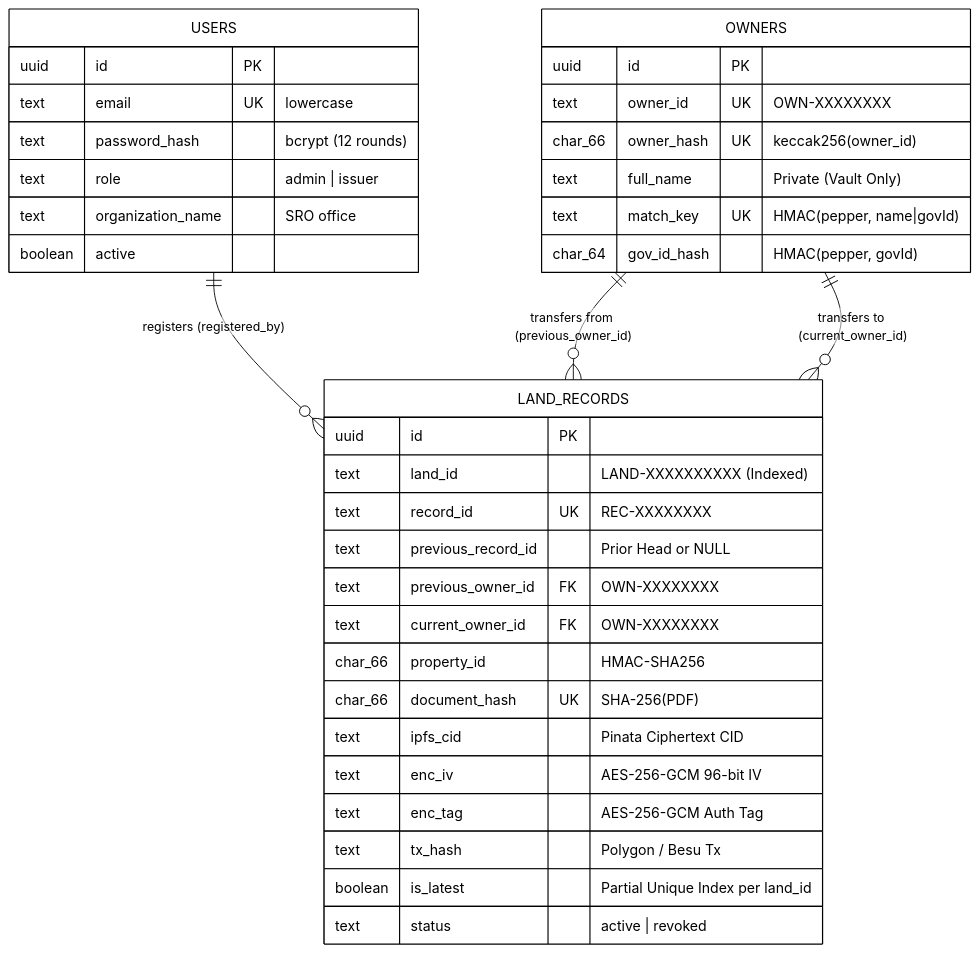
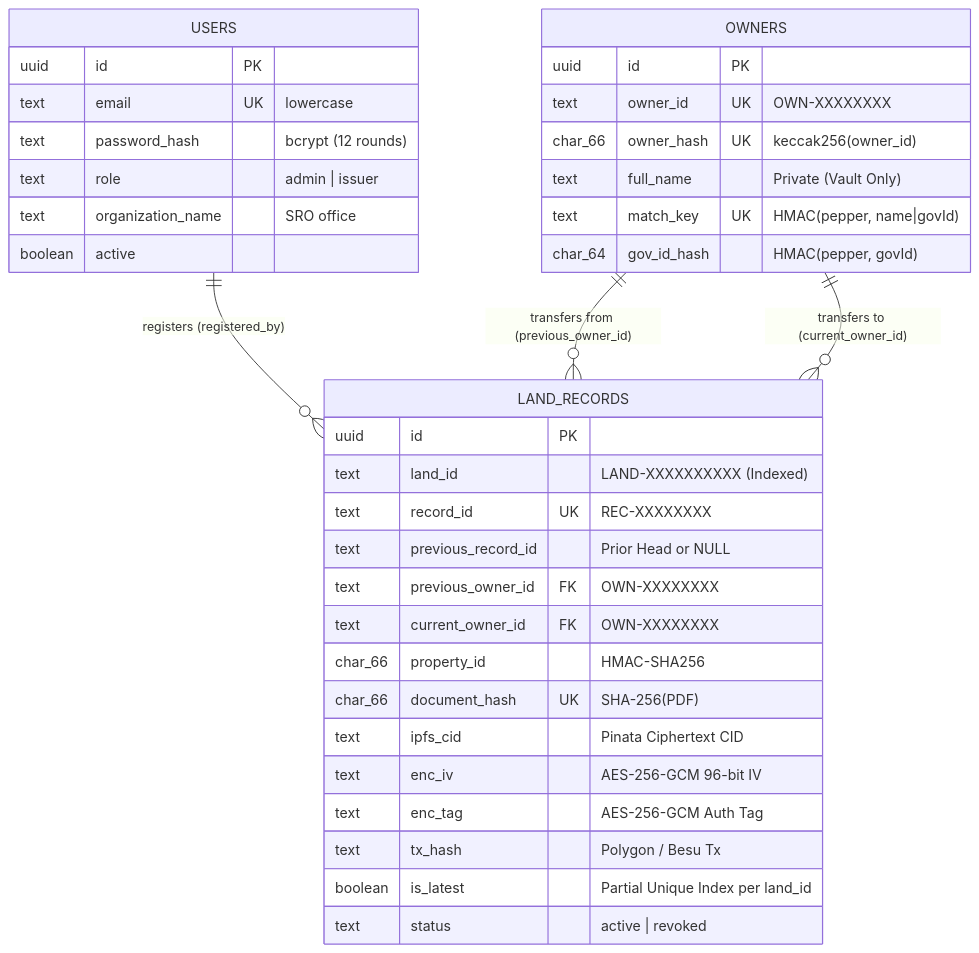
The eighth of 8 diagrams in README.md (rmn2178/NOSIH-secure), drawn with Mermaid before and after one commit. The commit also changed other lines of this file, not shown here.

First line of the commit message:
docs(readme): rework mermaid diagrams for theme-adaptive clarity

````diff
--- a/README.md
+++ b/README.md
@@ -339,42 +314,41 @@
 ```mermaid
-%%{init: {'theme': 'base', 'themeVariables': { 'primaryColor': '#ffffff', 'primaryTextColor': '#000000', 'primaryBorderColor': '#000000', 'lineColor': '#000000'}}}%%
 erDiagram
     USERS ||--o{ LAND_RECORDS : "registers (registered_by)"
     OWNERS ||--o{ LAND_RECORDS : "transfers from (previous_owner_id)"
     OWNERS ||--o{ LAND_RECORDS : "transfers to (current_owner_id)"
 
     USERS {
         uuid id PK
         text email UK "lowercase"
         text password_hash "bcrypt (12 rounds)"
         text role "admin | issuer"
         text organization_name "SRO office"
         boolean active
     }
 
     OWNERS {
         uuid id PK
         text owner_id UK "OWN-XXXXXXXX"
         char_66 owner_hash UK "keccak256(owner_id)"
         text full_name "Private (Vault Only)"
         text match_key UK "HMAC(pepper, name|govId)"
         char_64 gov_id_hash "HMAC(pepper, govId)"
     }
 
     LAND_RECORDS {
         uuid id PK
         text land_id "LAND-XXXXXXXXXX (Indexed)"
         text record_id UK "REC-XXXXXXXX"
         text previous_record_id "Prior Head or NULL"
         text previous_owner_id FK "OWN-XXXXXXXX"
         text current_owner_id FK "OWN-XXXXXXXX"
         char_66 property_id "HMAC-SHA256"
         char_66 document_hash UK "SHA-256(PDF)"
         text ipfs_cid "Pinata Ciphertext CID"
         text enc_iv "AES-256-GCM 96-bit IV"
         text enc_tag "AES-256-GCM Auth Tag"
         text tx_hash "Polygon / Besu Tx"
         boolean is_latest "Partial Unique Index per land_id"
         text status "active | revoked"
     }
 ```
````
